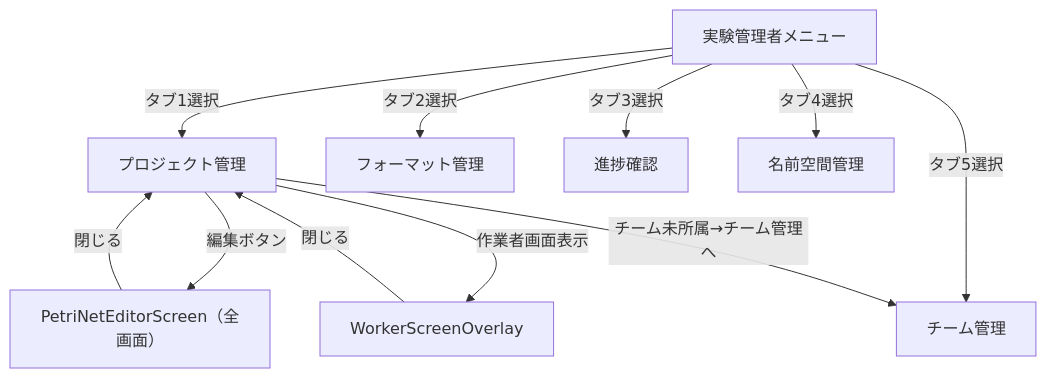
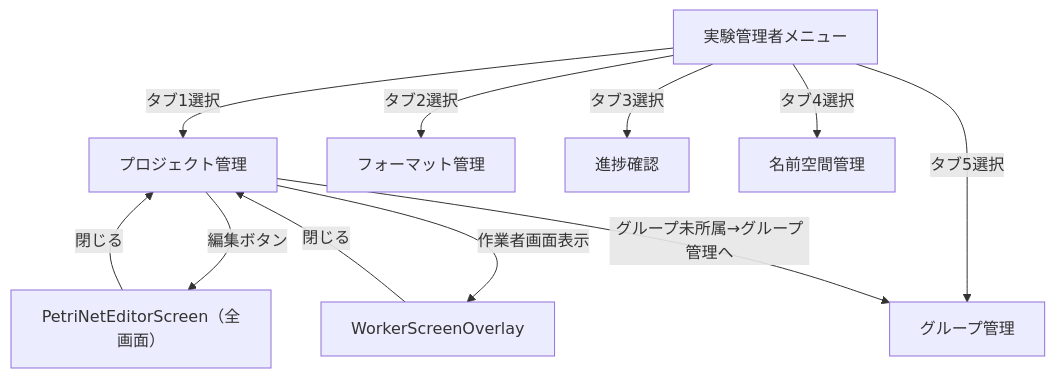
Before and after one commit to HisashiShimada/AlcheMia_Prod_PH2: the diagram in docs/design/ui/experiment_admin/00_menu/ui_experiment_admin_menu.md, drawn with Mermaid. The commit also changed other lines of this file and 14 other files, not shown here.

````diff
--- a/docs/design/ui/experiment_admin/00_menu/ui_experiment_admin_menu.md
+++ b/docs/design/ui/experiment_admin/00_menu/ui_experiment_admin_menu.md
@@ -109,13 +109,13 @@
 ```mermaid
 graph TD
     A[実験管理者メニュー] -->|タブ1選択| B[プロジェクト管理]
     A -->|タブ2選択| C[フォーマット管理]
     A -->|タブ3選択| D[進捗確認]
     A -->|タブ4選択| E[名前空間管理]
-    A -->|タブ5選択| F[チーム管理]
+    A -->|タブ5選択| F[グループ管理]
     B -->|編集ボタン| H[PetriNetEditorScreen（全画面）]
     B -->|作業者画面表示| I[WorkerScreenOverlay]
-    B -->|チーム未所属→チーム管理へ| F
+    B -->|グループ未所属→グループ管理へ| F
     H -->|閉じる| B
     I -->|閉じる| B
 ```
````
